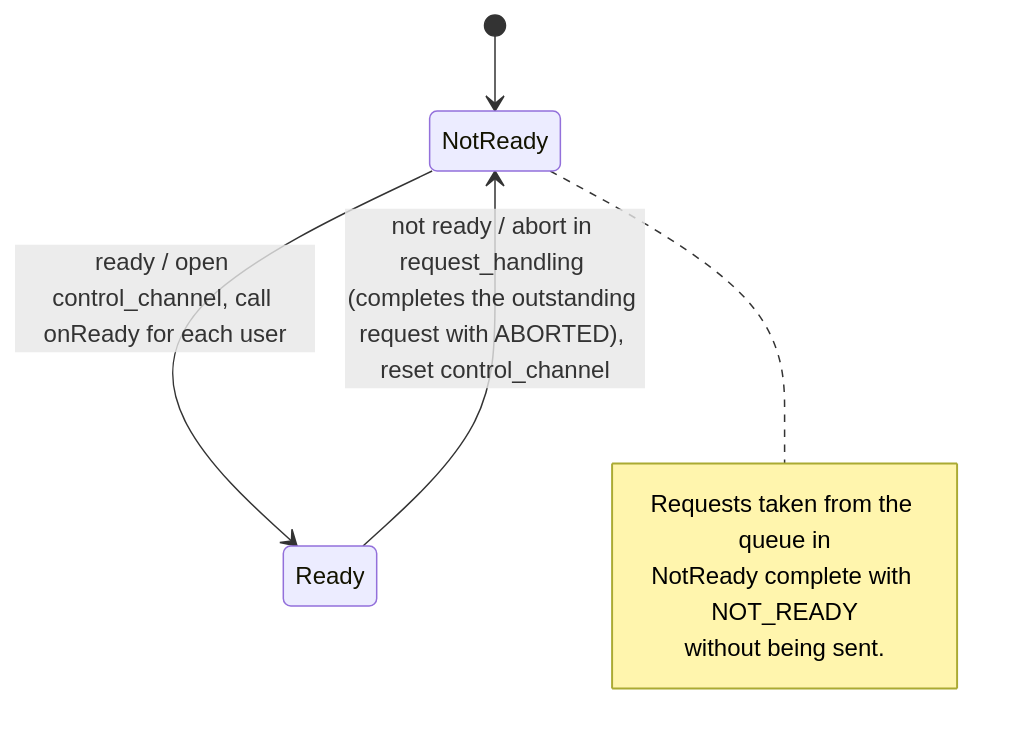
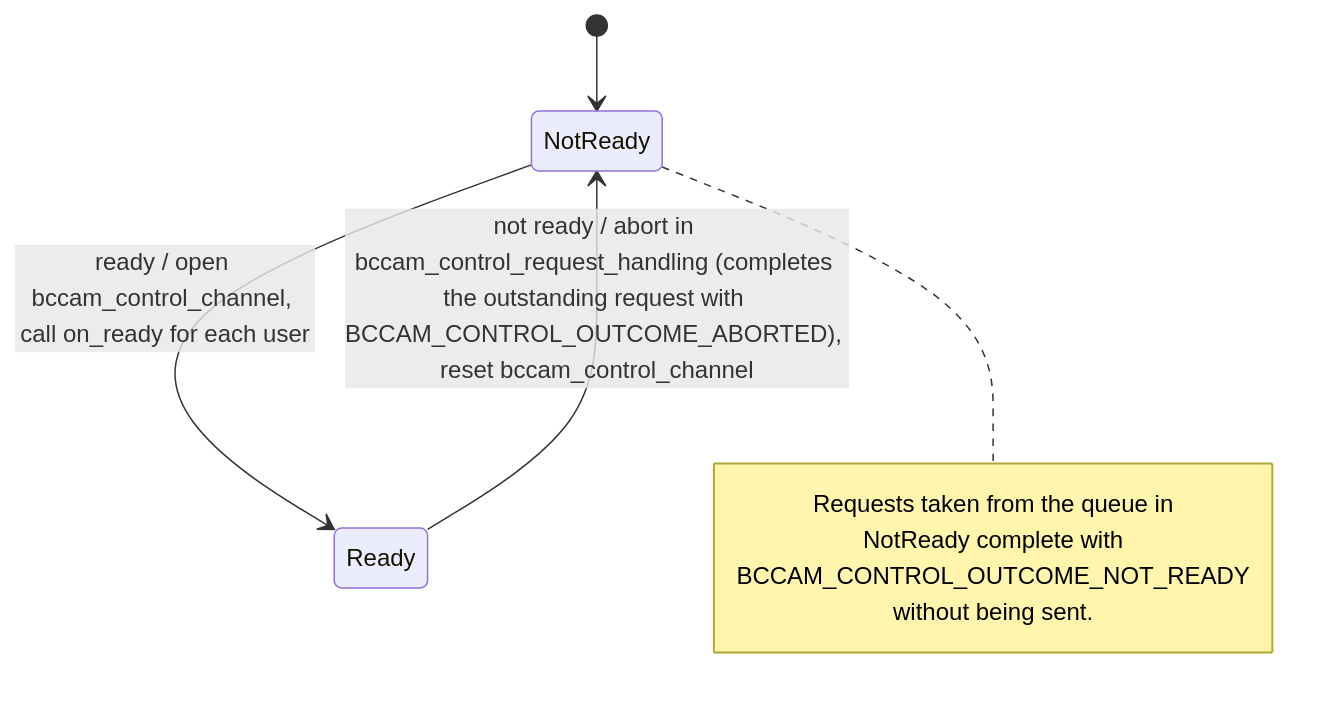
One commit to bitcraze/crazyflie-firmware changed the fifth of 9 diagrams in docs/functional-areas/camera-deck-control.md. Above: the diagram before and after it, drawn with Mermaid. The commit also changed other lines of this file, not shown here.

````diff
--- a/docs/functional-areas/camera-deck-control.md
+++ b/docs/functional-areas/camera-deck-control.md
@@ -468,13 +487,14 @@
 ```mermaid
 stateDiagram-v2
     [*] --> NotReady
 
-    NotReady --> Ready : ready / open control_channel, call onReady for each user
-    Ready --> NotReady : not ready / abort in request_handling (completes the outstanding request with ABORTED), reset control_channel
+    NotReady --> Ready : ready / open bccam_control_channel, call on_ready for each user
+    Ready --> NotReady : not ready / abort in bccam_control_request_handling (completes the outstanding request with BCCAM_CONTROL_OUTCOME_ABORTED), reset bccam_control_channel
 
     note right of NotReady
         Requests taken from the queue in
-        NotReady complete with NOT_READY
+        NotReady complete with
+        BCCAM_CONTROL_OUTCOME_NOT_READY
         without being sent.
     end note
 ```
````
